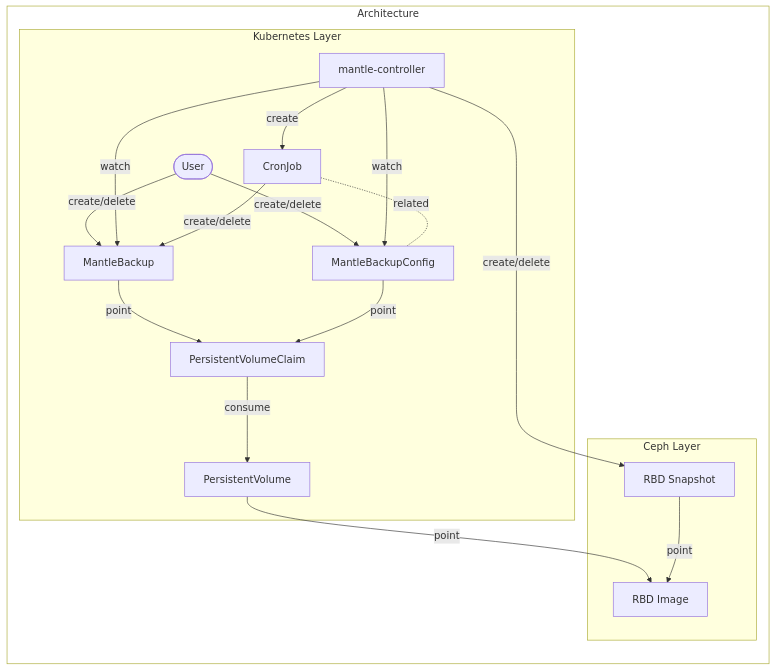
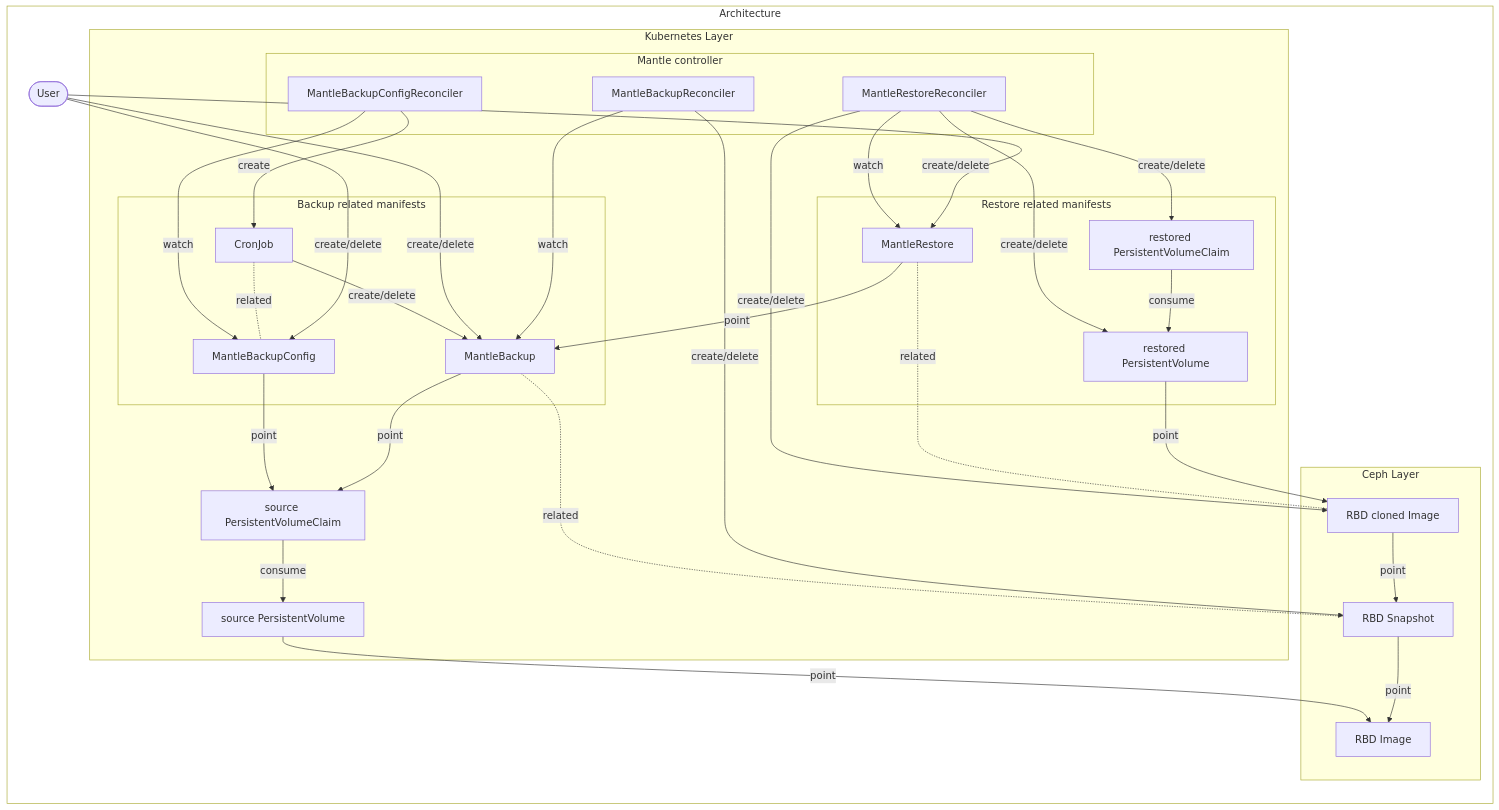
The diagram in docs/design.md (cybozu-go/mantle), drawn with Mermaid before and after one commit. The commit also changed other lines of this file, not shown here.

Commit message:
add design doc about restore processes

````diff
--- a/docs/design.md
+++ b/docs/design.md
@@ -18,41 +18,73 @@
 ```mermaid
 %%{init:{'theme': 'default'}}%%
 
 flowchart LR
 
     style Architecture fill:#FFFFFF
+
+    USER([User])
+
     subgraph Architecture
 
-      USER([User])
-      RBSC[mantle-controller]
-      RPB[MantleBackup]
-      PVC[PersistentVolumeClaim]
-      PV[PersistentVolume]
-      RI[RBD Image]
-      RS[RBD Snapshot]
-      MBC[MantleBackupConfig]
-      MBCCronJob[CronJob]
+      %% restore
+      MR -- point --> MB
+      MRR -- watch --> MR
+      MRR -- create/delete --> RC
+      MRR -- create/delete --> RES_PVC
+      MRR -- create/delete --> RES_PV
+      USER -- create/delete --> MR
+      RES_PVC -- consume --> RES_PV
+      MR -.-|related| RC
+      RES_PV -- point --> RC
+      RC -- point --> RS
+
+      %% backup config
+      MBCCronJob -- create/delete --> MB
+      MBCR -- watch --> MBC
+      MBC -- point --> SRC_PVC
+      MBCR -- create --> MBCCronJob
+      MBCCronJob -.-|related| MBC
+      
+      %% backup
+      MB -.-|related| RS
+      USER -- create/delete --> MB
+      MBR -- watch --> MB
+      MB -- point --> SRC_PVC
+      SRC_PVC -- consume --> SRC_PV
+      USER -- create/delete --> MBC
+      MBR -- create/delete --> RS
+      SRC_PV -- point --> RI
+      RS -- point --> RI
+
+
+      subgraph Ceph Layer
+        RI[RBD Image]
+        RS[RBD Snapshot]
+        RC[RBD cloned Image]
+      end
 
       subgraph Kubernetes Layer
-        USER -- create/delete --> RPB
-        RBSC -- watch --> RPB
-        RPB -- point --> PVC
-        PVC -- consume --> PV
-        USER -- create/delete --> MBC
-        RBSC -- watch --> MBC
-        RBSC -- create --> MBCCronJob
-        MBCCronJob -- create/delete --> RPB
-        MBCCronJob -.-|related| MBC
-        MBC -- point --> PVC
+        
+        SRC_PVC[source PersistentVolumeClaim]
+        SRC_PV[source PersistentVolume]
+
+        subgraph Mantle controller
+          MBCR[MantleBackupConfigReconciler]
+          MBR[MantleBackupReconciler]
+          MRR[MantleRestoreReconciler]
+        end
+
+        subgraph Backup related manifests
+          MBC[MantleBackupConfig]
+          MBCCronJob[CronJob]
+          MB[MantleBackup]
+        end
+
+        subgraph Restore related manifests
+          MR[MantleRestore]
+          RES_PVC[restored PersistentVolumeClaim]
+          RES_PV[restored PersistentVolume]
+        end
       end
-
-      subgraph Ceph Layer
-        RBSC -- create/delete --> RS
-        PV -- point --> RI
-        RS -- point --> RI
-        
-      end
-
-
     end
 ```
````
